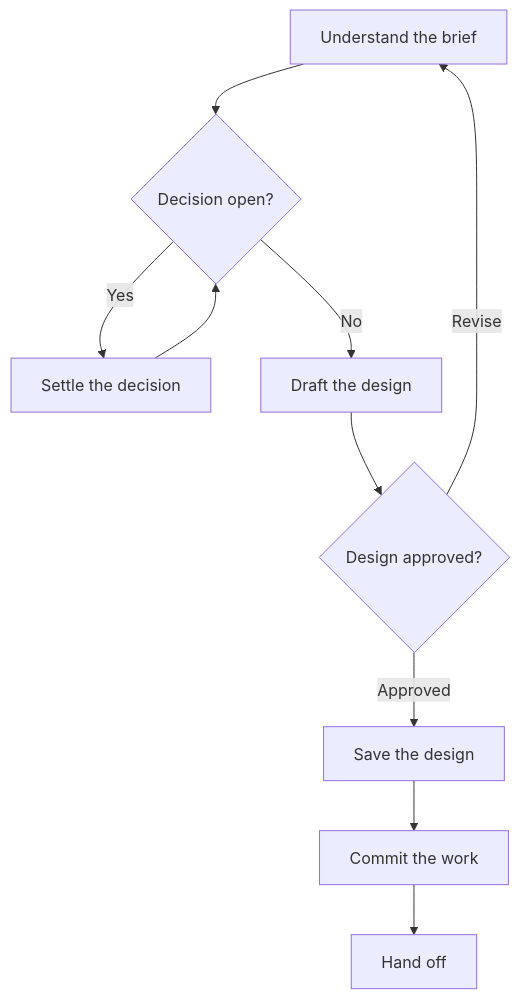
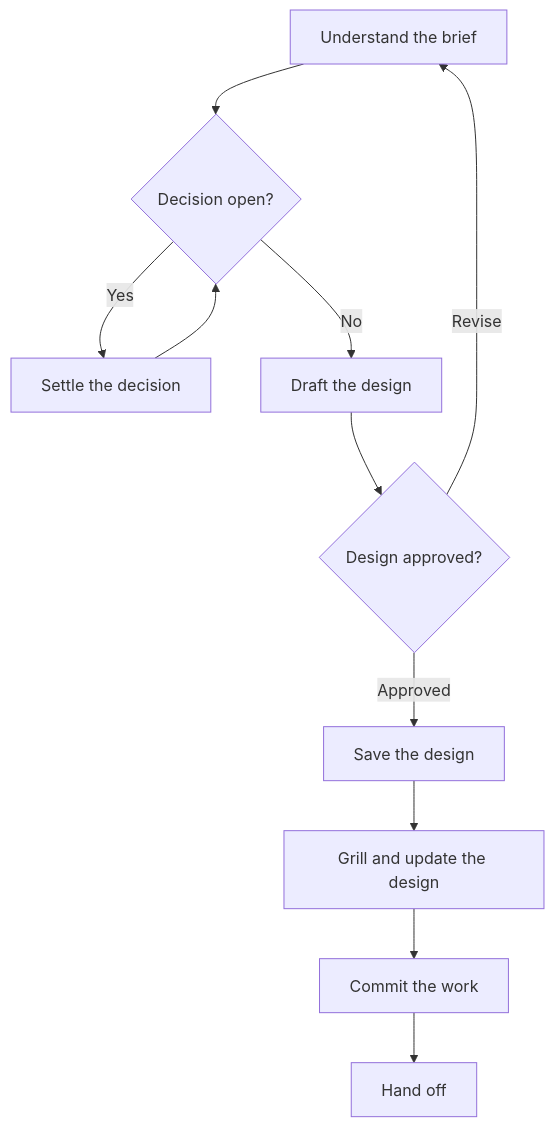
Before and after one commit to UseTheFork/spindle: the diagram in assets/Blueprints/skills/sdd-author-design/SKILL.md, drawn with Mermaid. The commit also changed other lines of this file, not shown here.

Commit message:
feat: grill SDD designs before committing

````diff
--- a/assets/Blueprints/skills/sdd-author-design/SKILL.md
+++ b/assets/Blueprints/skills/sdd-author-design/SKILL.md
@@ -17,12 +17,13 @@
 ```mermaid
 flowchart TD
     A[Understand the brief] --> B{Decision open?}
     B -- Yes --> C[Settle the decision]
     C --> B
     B -- No --> D[Draft the design]
     D --> E{Design approved?}
     E -- Revise --> A
     E -- Approved --> F[Save the design]
-    F --> G[Commit the work]
+    F --> F1[Grill and update the design]
+    F1 --> G[Commit the work]
     G --> H[Hand off]
 ```
````
